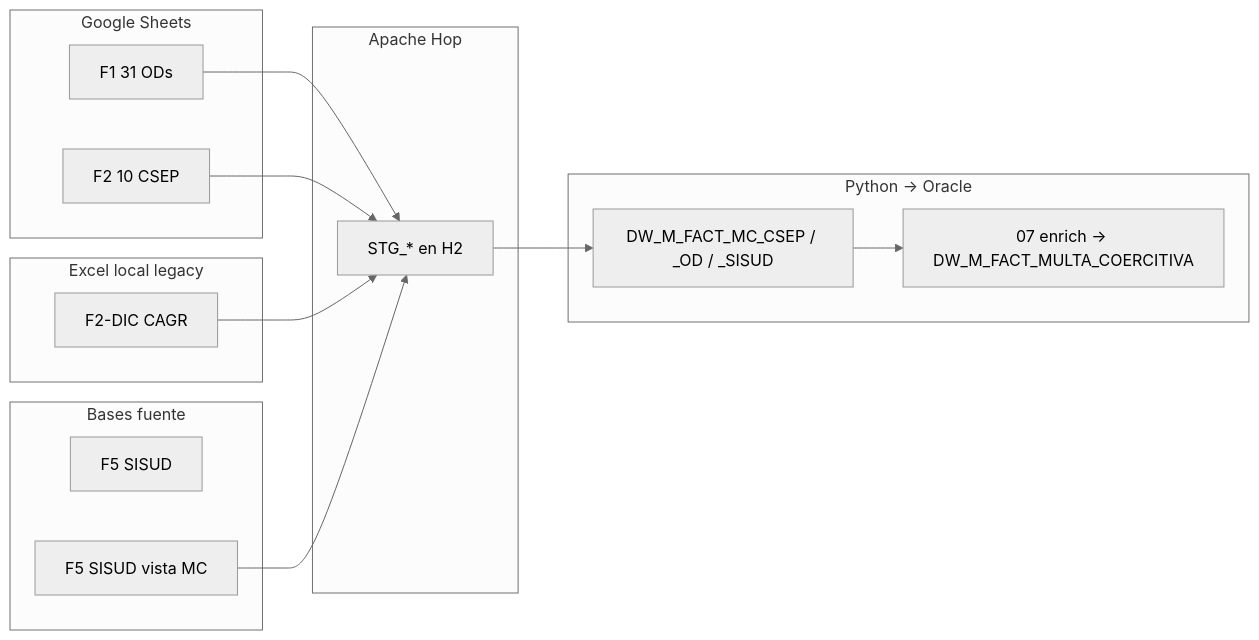
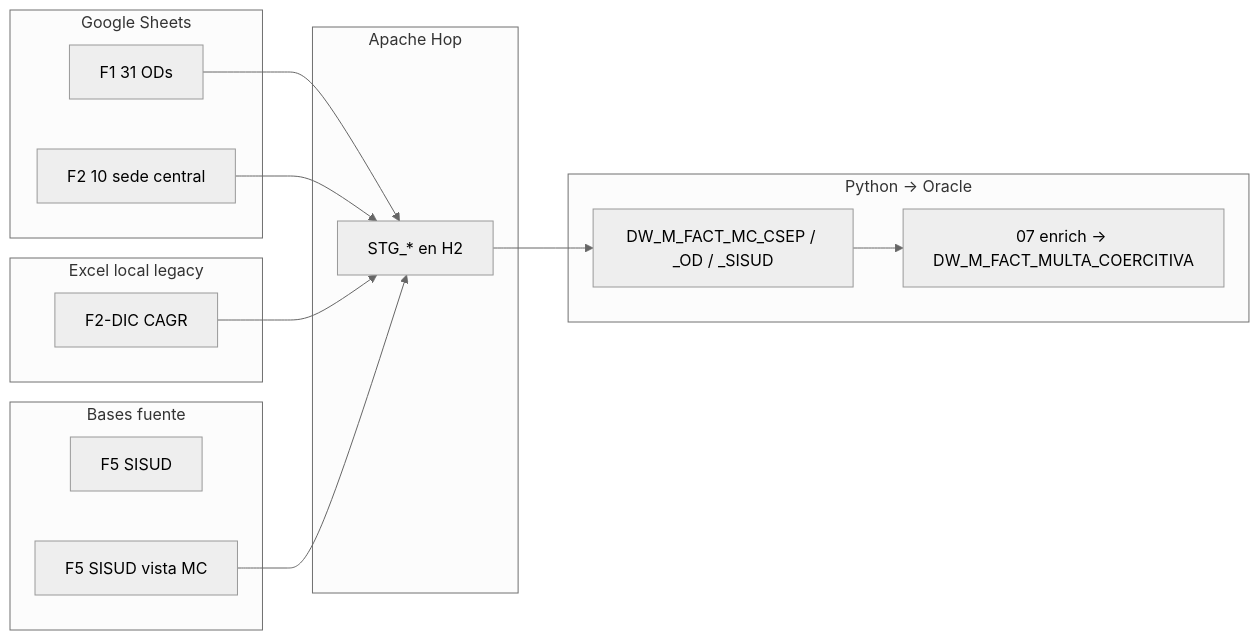
One commit to nwodevops/multa_informes_etl changed the diagram in docs/inputs/README.md. Above: the diagram before and after it, drawn with Mermaid (neutral theme). The commit also changed other lines of this file and 20 other files, not shown here.

First line of the commit message:
feat(dw): completar lookup SISUD (estado, medida, REC/TFA) y documentar sede central vs OD

````diff
--- a/docs/inputs/README.md
+++ b/docs/inputs/README.md
@@ -28,31 +28,31 @@
 ```mermaid
 flowchart LR
   subgraph sheets [Google Sheets]
     F1["F1 31 ODs"]
-    F2["F2 10 CSEP"]
+    F2["F2 10 sede central"]
   end
 
   subgraph excel [Excel local legacy]
     DIC["F2-DIC CAGR"]
   end
 
   subgraph remoto [Bases fuente]
     F5only["F5 SISUD"]
     F5["F5 SISUD vista MC"]
   end
 
   subgraph hop [Apache Hop]
     STG["STG_* en H2"]
   end
 
   subgraph py [Python → Oracle]
     EV["DW_M_FACT_MC_CSEP / _OD / _SISUD"]
     ENR["07 enrich → DW_M_FACT_MULTA_COERCITIVA"]
   end
 
   F1 --> STG
   F2 --> STG
   DIC --> STG
   F5 --> STG
   STG --> EV --> ENR
 ```
````
